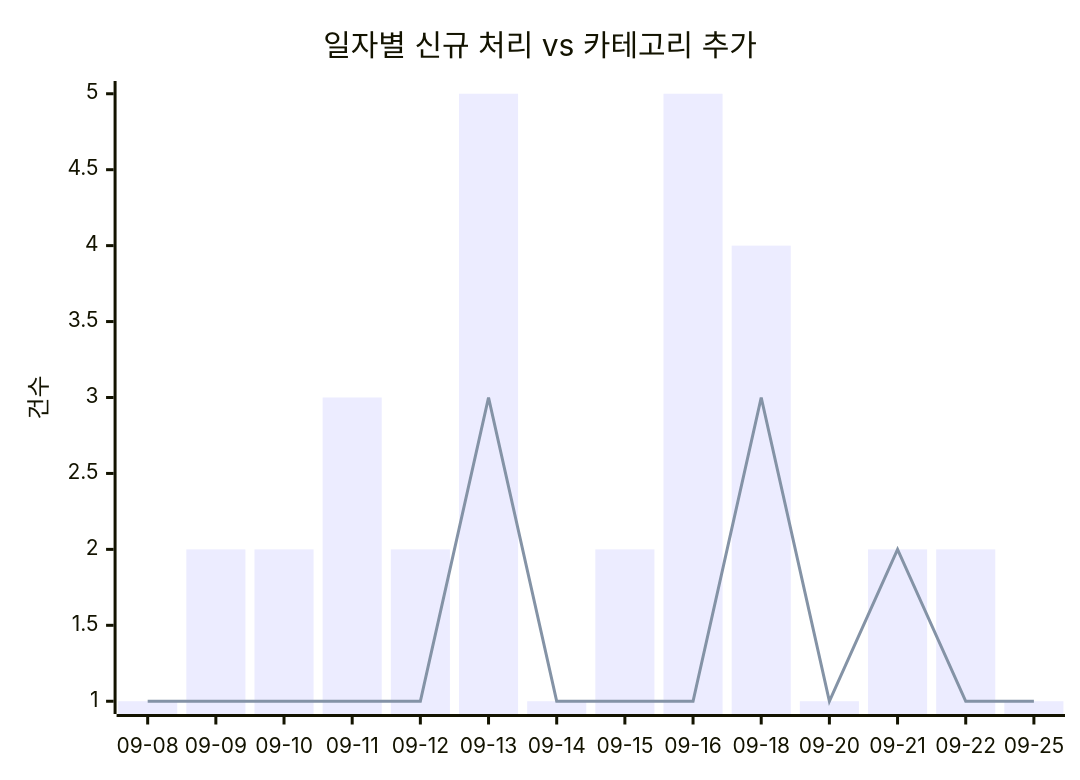
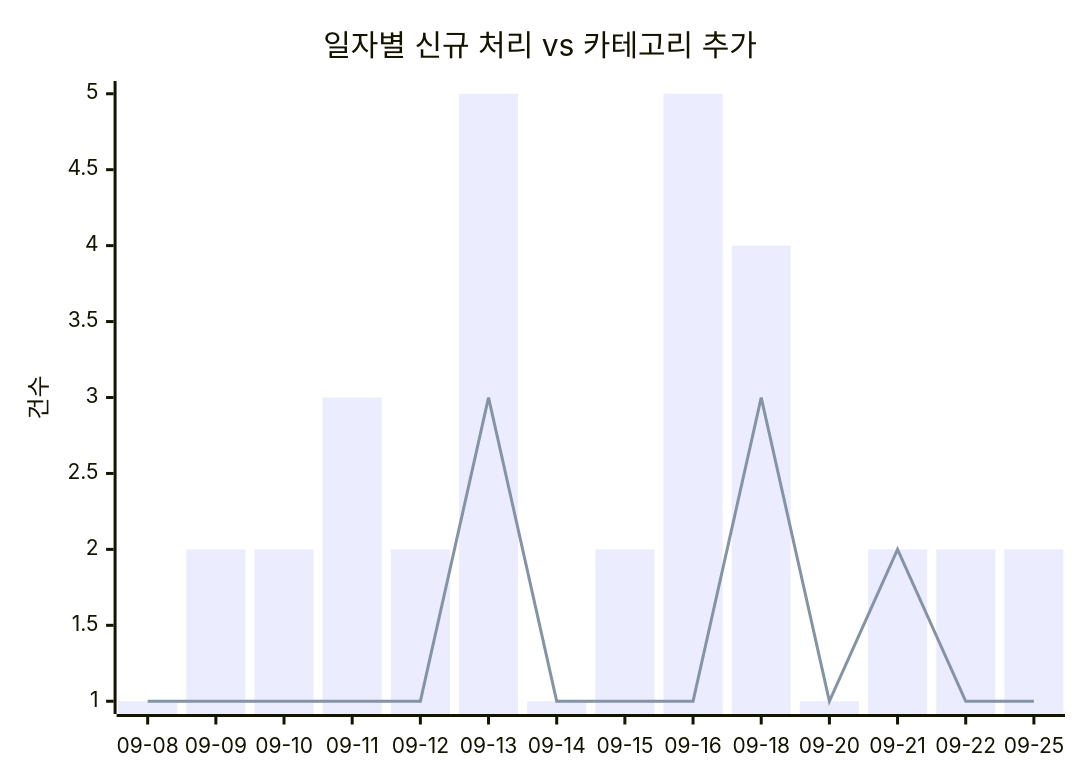
The first of 2 diagrams in docs/trends.md (J-nowcow/awesome-korean-agent-skills), drawn with Mermaid before and after one commit. The commit also changed other lines of this file and 2 other files, not shown here.

````diff
--- a/docs/trends.md
+++ b/docs/trends.md
@@ -32,8 +32,8 @@
 ```mermaid
 xychart-beta
     title "일자별 신규 처리 vs 카테고리 추가"
     x-axis ["09-08","09-09","09-10","09-11","09-12","09-13","09-14","09-15","09-16","09-18","09-20","09-21","09-22","09-25"]
     y-axis "건수"
-    bar [1,2,2,3,2,5,1,2,5,4,1,2,2,1]
+    bar [1,2,2,3,2,5,1,2,5,4,1,2,2,2]
     line [1,1,1,1,1,3,1,1,1,3,1,2,1,1]
 ```
````
